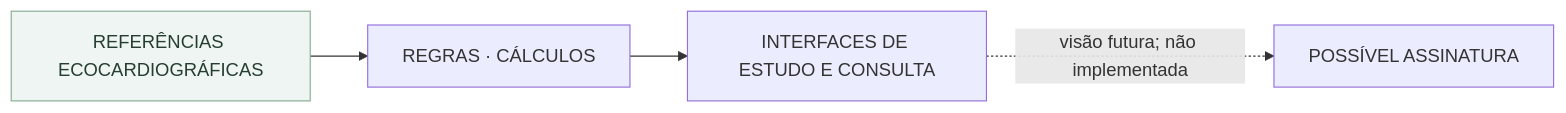
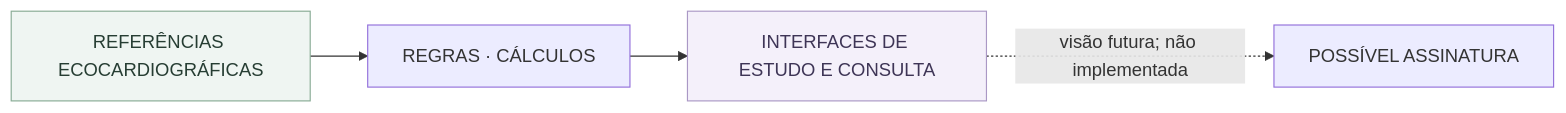
The diagram in README.md (joyceradis/EcoMasterPro), drawn with Mermaid before and after one commit.

Commit message:
docs: ajustar classes Mermaid apenas aos nós presentes no diagrama

````diff
--- a/README.md
+++ b/README.md
@@ -33,9 +33,10 @@
 ```mermaid
 flowchart LR
   R["REFERÊNCIAS ECOCARDIOGRÁFICAS"] --> C["REGRAS · CÁLCULOS"]
   C --> I["INTERFACES DE ESTUDO E CONSULTA"]
   I -. "visão futura; não implementada" .-> S["POSSÍVEL ASSINATURA"]
   classDef source fill:#eff5f2,stroke:#88ab94,color:#263d33;
   classDef outcome fill:#f4f0fa,stroke:#aa98c5,color:#3e3556;
-  class P,E,O,D,R source;
+  class R source;
+  class I outcome;
 ```
````
